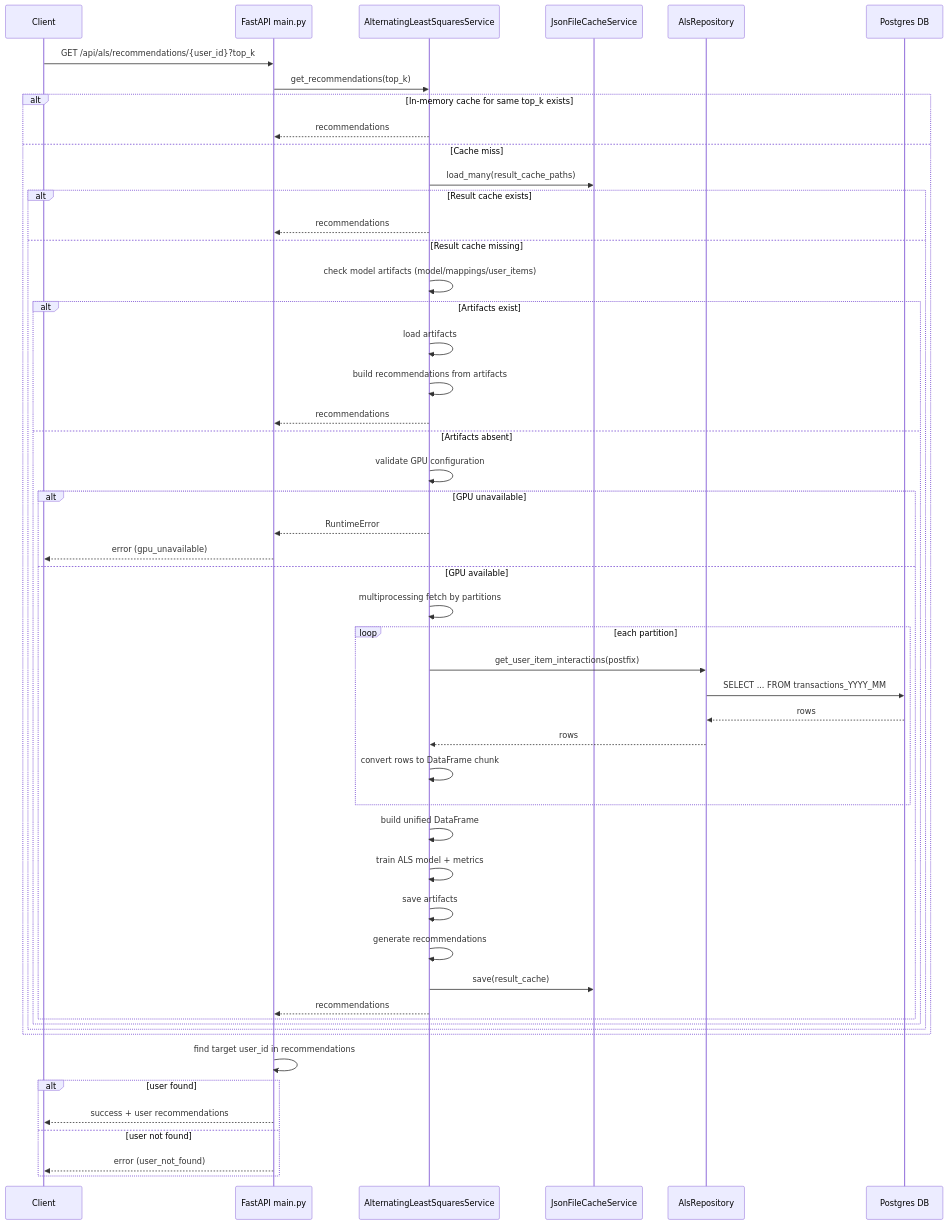
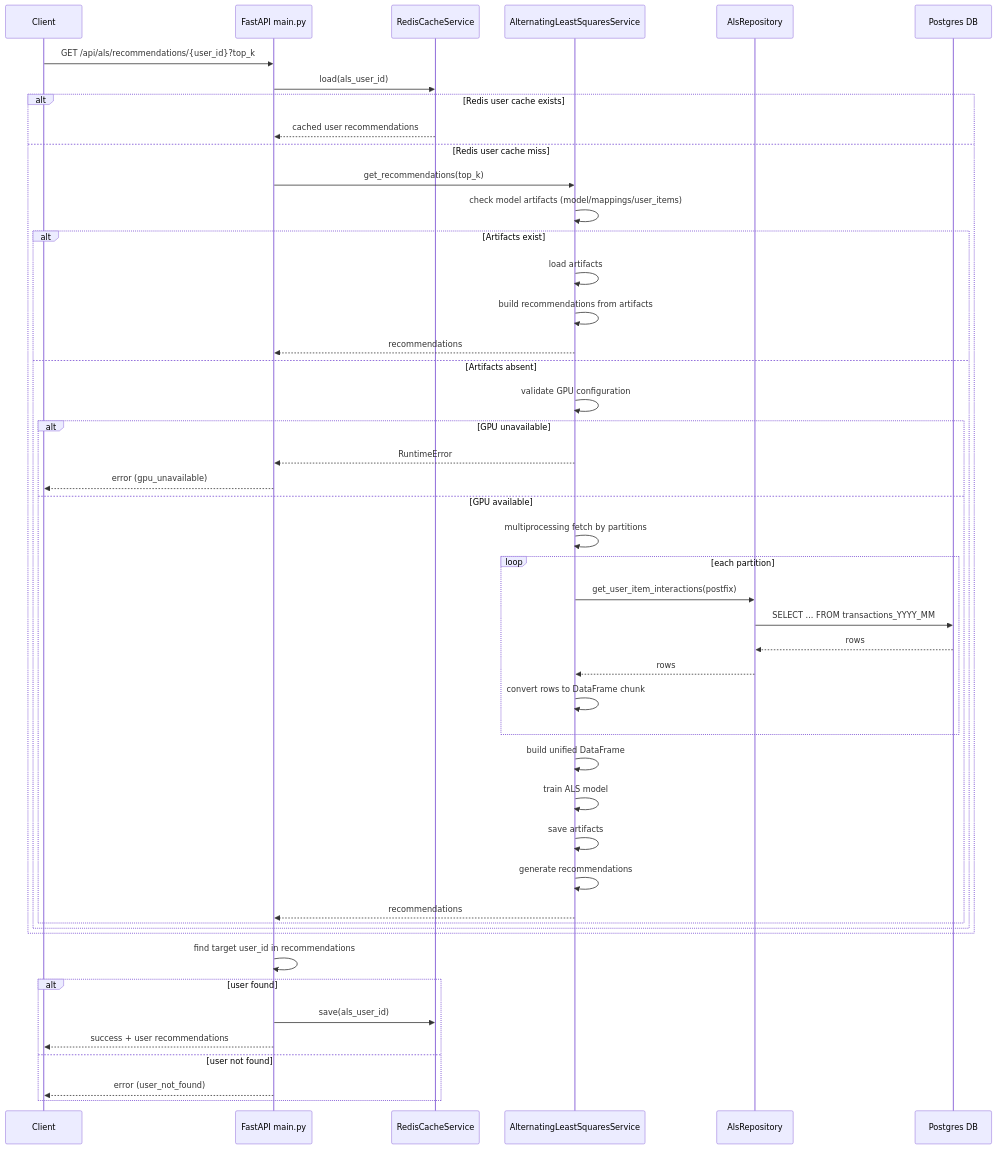
One commit to KirillYarv/MLCoreAPI changed the third of 5 diagrams in docs/api_diagrams.md. Above: the diagram before and after it, drawn with Mermaid. The commit also changed other lines of this file and 3 other files, not shown here.

````diff
--- a/docs/api_diagrams.md
+++ b/docs/api_diagrams.md
@@ -64,56 +69,52 @@
 ```mermaid
 sequenceDiagram
     participant Client
     participant API as FastAPI main.py
+    participant REDIS as RedisCacheService
     participant ALS as AlternatingLeastSquaresService
-    participant CACHE as JsonFileCacheService
     participant REPO as AlsRepository
     participant PG as Postgres DB
 
     Client->>API: GET /api/als/recommendations/{user_id}?top_k
-    API->>ALS: get_recommendations(top_k)
+    API->>REDIS: load(als_user_id)
 
-    alt In-memory cache for same top_k exists
-        ALS-->>API: recommendations
-    else Cache miss
-        ALS->>CACHE: load_many(result_cache_paths)
-        alt Result cache exists
-            ALS-->>API: recommendations
-        else Result cache missing
+    alt Redis user cache exists
+        REDIS-->>API: cached user recommendations
+    else Redis user cache miss
+        API->>ALS: get_recommendations(top_k)
         ALS->>ALS: check model artifacts (model/mappings/user_items)
         alt Artifacts exist
             ALS->>ALS: load artifacts
             ALS->>ALS: build recommendations from artifacts
             ALS-->>API: recommendations
         else Artifacts absent
             ALS->>ALS: validate GPU configuration
             alt GPU unavailable
                 ALS-->>API: RuntimeError
                 API-->>Client: error (gpu_unavailable)
             else GPU available
                 ALS->>ALS: multiprocessing fetch by partitions
                 loop each partition
                     ALS->>REPO: get_user_item_interactions(postfix)
                     REPO->>PG: SELECT ... FROM transactions_YYYY_MM
                     PG-->>REPO: rows
                     REPO-->>ALS: rows
                     ALS->>ALS: convert rows to DataFrame chunk
                 end
                 ALS->>ALS: build unified DataFrame
-                ALS->>ALS: train ALS model + metrics
+                ALS->>ALS: train ALS model
                 ALS->>ALS: save artifacts
                 ALS->>ALS: generate recommendations
-                ALS->>CACHE: save(result_cache)
                 ALS-->>API: recommendations
             end
-        end
         end
     end
 
     API->>API: find target user_id in recommendations
     alt user found
+        API->>REDIS: save(als_user_id)
         API-->>Client: success + user recommendations
     else user not found
         API-->>Client: error (user_not_found)
     end
 ```
````
